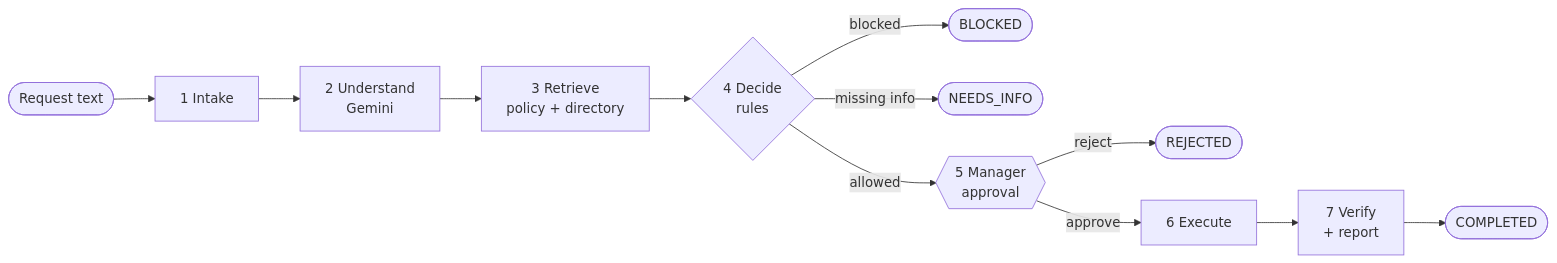
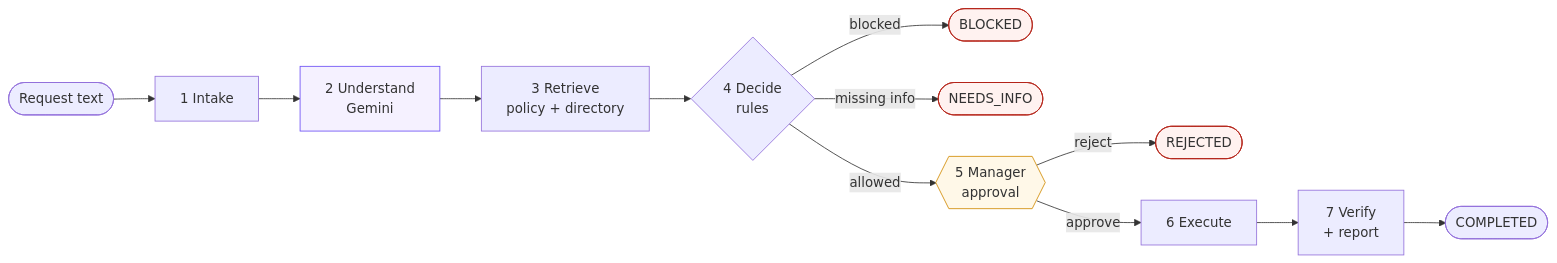
Before and after one commit to ofriimor/access-request-assistant: the first of 2 diagrams in README.md, drawn with Mermaid. The commit also changed other lines of this file and 4 other files, not shown here.

````diff
--- a/README.md
+++ b/README.md
@@ -11,14 +54,21 @@
 ```mermaid
 flowchart LR
     A([Request text]) --> B[1 Intake]
     B --> C[2 Understand<br/>Gemini]
     C --> D[3 Retrieve<br/>policy + directory]
     D --> E{4 Decide<br/>rules}
     E -- blocked --> X([BLOCKED])
     E -- missing info --> Y([NEEDS_INFO])
     E -- allowed --> F{{5 Manager<br/>approval}}
     F -- reject --> Z([REJECTED])
     F -- approve --> G[6 Execute]
     G --> H[7 Verify<br/>+ report]
     H --> I([COMPLETED])
+
+    classDef llm fill:#f5f1ff,stroke:#6a4df5
+    classDef human fill:#fff8e8,stroke:#d28a00
+    classDef stop fill:#fff2f0,stroke:#b42318
+    class C llm
+    class F human
+    class X,Y,Z stop
 ```
````
